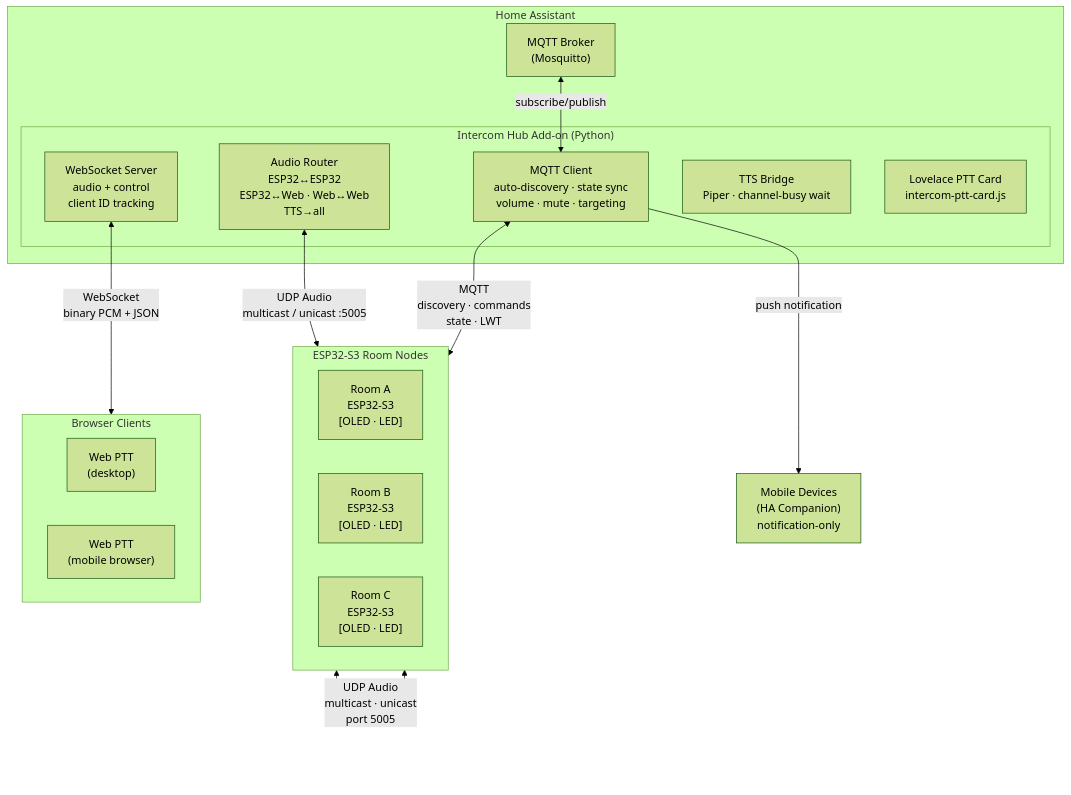
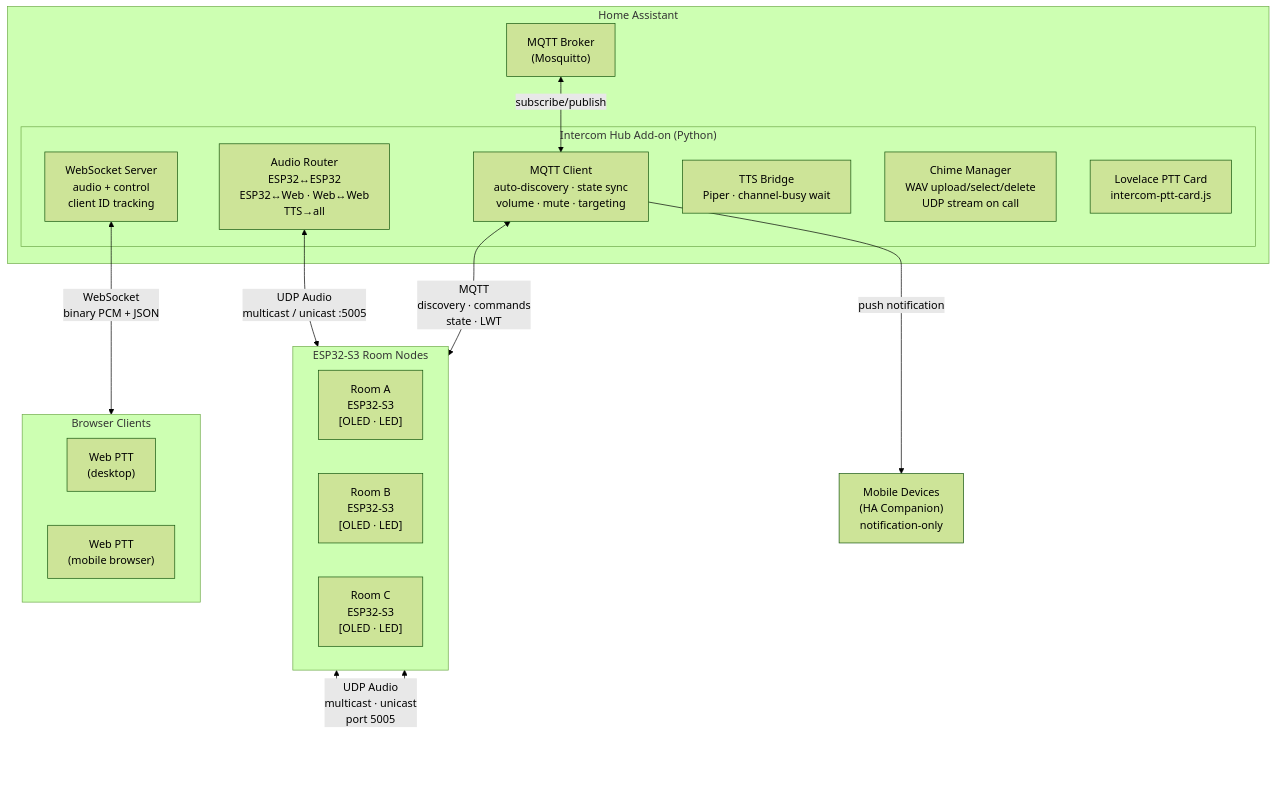
The first of 3 diagrams in README.md (Bri-J-C/ha-intercom), drawn with Mermaid (forest theme) before and after one commit. The commit also changed other lines of this file and 24 other files, not shown here.

First line of the commit message:
Hub-managed chimes, multicast refactor, call fixes (firmware v2.9.1 / hub v2.5.1)

````diff
--- a/README.md
+++ b/README.md
@@ -34,34 +38,35 @@
 ```mermaid
 graph TB
     subgraph HA["Home Assistant"]
         MQTT["MQTT Broker<br/>(Mosquitto)"]
         subgraph HUB["Intercom Hub Add-on (Python)"]
             HUB_MQTT["MQTT Client<br/>auto-discovery · state sync<br/>volume · mute · targeting"]
             HUB_WS["WebSocket Server<br/>audio + control<br/>client ID tracking"]
             HUB_ROUTE["Audio Router<br/>ESP32↔ESP32<br/>ESP32↔Web · Web↔Web<br/>TTS→all"]
             HUB_TTS["TTS Bridge<br/>Piper · channel-busy wait"]
+            HUB_CHIME["Chime Manager<br/>WAV upload/select/delete<br/>UDP stream on call"]
             HUB_CARD["Lovelace PTT Card<br/>intercom-ptt-card.js"]
         end
         MQTT <-->|"subscribe/publish"| HUB_MQTT
     end
 
     subgraph ESP_NODES["ESP32-S3 Room Nodes"]
         ESP1["Room A<br/>ESP32-S3<br/>[OLED · LED]"]
         ESP2["Room B<br/>ESP32-S3<br/>[OLED · LED]"]
         ESP3["Room C<br/>ESP32-S3<br/>[OLED · LED]"]
     end
 
     subgraph WEB_CLIENTS["Browser Clients"]
         WC1["Web PTT<br/>(desktop)"]
         WC2["Web PTT<br/>(mobile browser)"]
     end
 
     MOB["Mobile Devices<br/>(HA Companion)<br/>notification-only"]
 
     HUB_MQTT <-->|"MQTT<br/>discovery · commands<br/>state · LWT"| ESP_NODES
     HUB_WS <-->|"WebSocket<br/>binary PCM + JSON"| WEB_CLIENTS
     HUB_MQTT -->|"push notification"| MOB
 
     ESP_NODES <-->|"UDP Audio<br/>multicast · unicast<br/>port 5005"| ESP_NODES
     HUB_ROUTE <-->|"UDP Audio<br/>multicast / unicast :5005"| ESP_NODES
 ```
````
